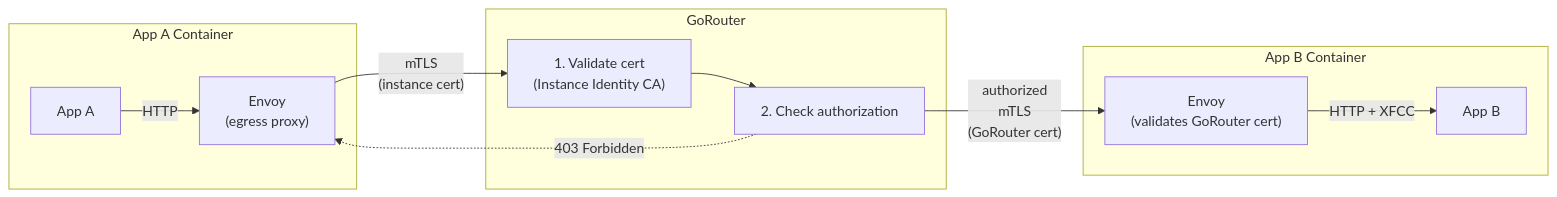
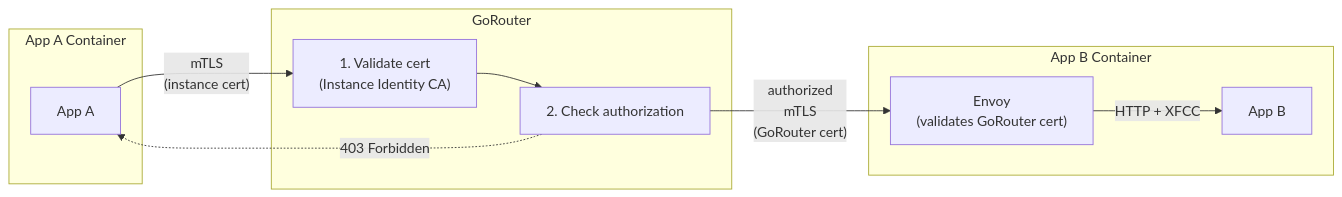
The first of 2 diagrams in toc/rfc/rfc-draft-domain-scoped-mtls-gorouter.md (cloudfoundry/community), drawn with Mermaid before and after one commit. The commit also changed other lines of this file, not shown here.

First line of the commit message:
Simplify RFC: Access Rules API, remove egress proxy, rename phases to parts

````diff
--- a/toc/rfc/rfc-draft-domain-scoped-mtls-gorouter.md
+++ b/toc/rfc/rfc-draft-domain-scoped-mtls-gorouter.md
@@ -51,24 +48,22 @@
 ```mermaid
 flowchart LR
     subgraph "App A Container"
         AppA["App A"]
-        ProxyA["Envoy<br/>(egress proxy)"]
     end
     
     subgraph "GoRouter"
         GR["1. Validate cert<br/>(Instance Identity CA)"]
         Auth["2. Check authorization"]
     end
     
     subgraph "App B Container"
         ProxyB["Envoy<br/>(validates GoRouter cert)"]
         AppB["App B"]
     end
     
-    AppA -->|"HTTP"| ProxyA
-    ProxyA -->|"mTLS<br/>(instance cert)"| GR
+    AppA -->|"mTLS<br/>(instance cert)"| GR
     GR --> Auth
     Auth -->|"authorized<br/>mTLS<br/>(GoRouter cert)"| ProxyB
-    Auth -.->|"403 Forbidden"| ProxyA
+    Auth -.->|"403 Forbidden"| AppA
     ProxyB -->|"HTTP + XFCC"| AppB
 ```
````
